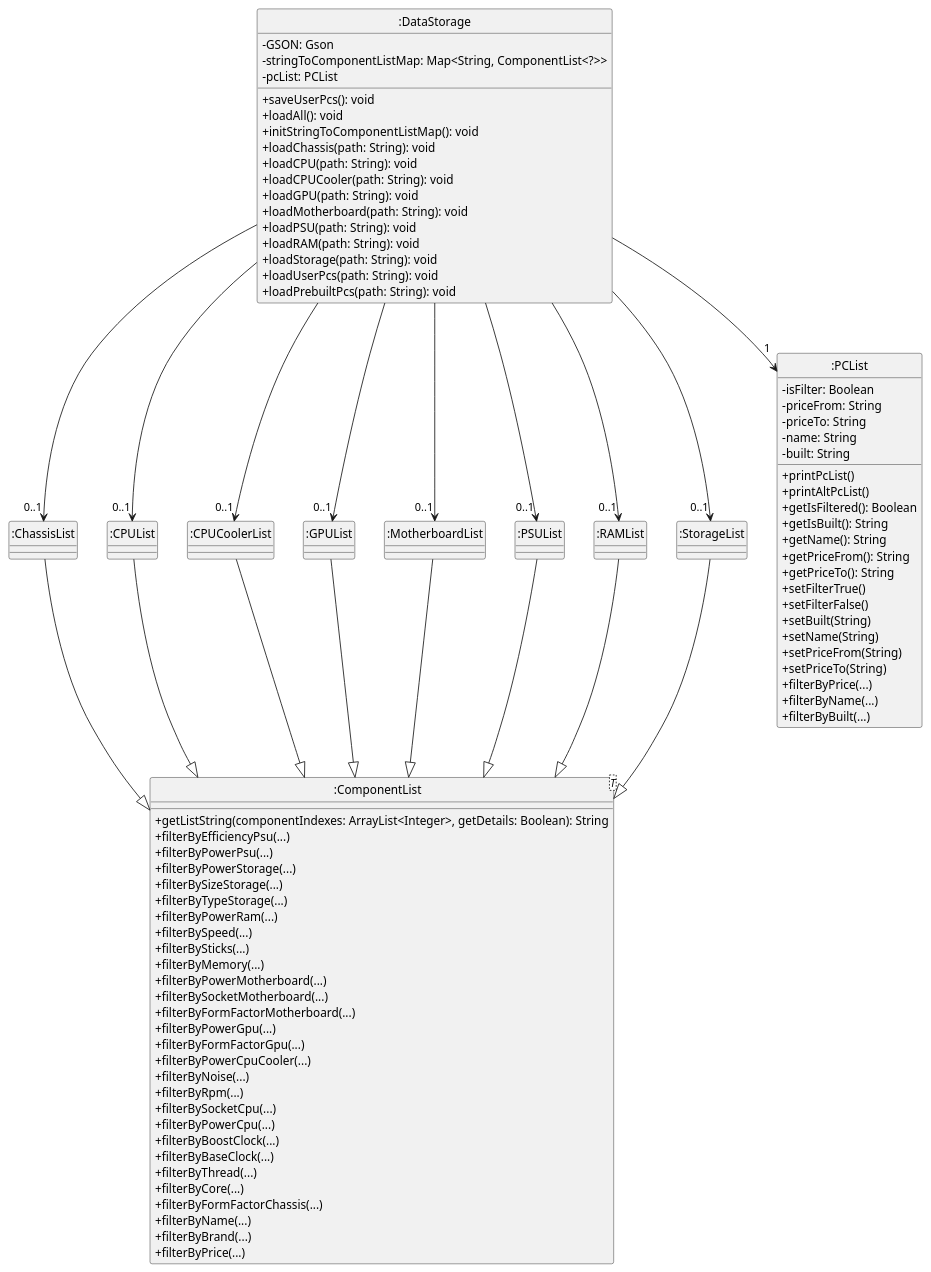
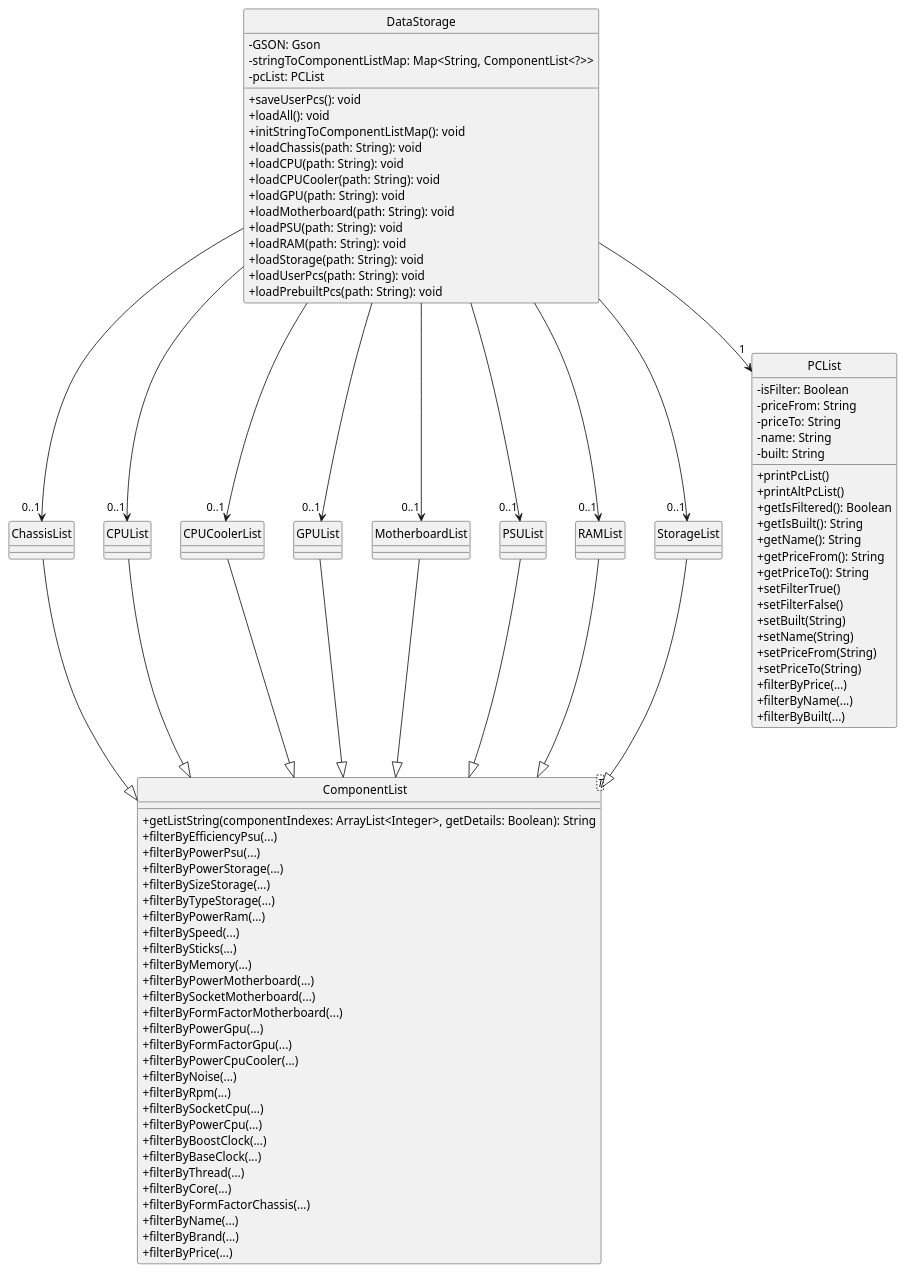
The diagram in docs/uml-source/DataStorageClass.puml (typingpanda/tp), drawn with PlantUML before and after one commit. The commit also changed 1 other file, not shown here.

Commit message:
Fix DataStorage Class Diagram to remove :

```diff
--- a/docs/uml-source/DataStorageClass.puml
+++ b/docs/uml-source/DataStorageClass.puml
@@ -1,118 +1,118 @@
 @startuml
 skinparam classAttributeIconSize 0
 
-class ":ComponentList" as ComponentList
-class ":ChassisList" as ChassisList
-class ":CPUList" as CPUList
-class ":CPUCoolerList" as CPUCoolerList
-class ":GPUList" as GPUList
-class ":MotherboardList" as MotherboardList
-class ":PSUList" as PSUList
-class ":RAMList" as RAMList
-class ":StorageList" as StorageList
-class ":PCList" as PCList
-class ":DataStorage" as DataStorage
+class "ComponentList" as ComponentList
+class "ChassisList" as ChassisList
+class "CPUList" as CPUList
+class "CPUCoolerList" as CPUCoolerList
+class "GPUList" as GPUList
+class "MotherboardList" as MotherboardList
+class "PSUList" as PSUList
+class "RAMList" as RAMList
+class "StorageList" as StorageList
+class "PCList" as PCList
+class "DataStorage" as DataStorage
 
 class ComponentList<T> {
     +getListString(componentIndexes: ArrayList<Integer>, getDetails: Boolean): String
     +filterByEfficiencyPsu(...)
     +filterByPowerPsu(...)
     +filterByPowerStorage(...)
     +filterBySizeStorage(...)
     +filterByTypeStorage(...)
     +filterByPowerRam(...)
     +filterBySpeed(...)
     +filterBySticks(...)
     +filterByMemory(...)
     +filterByPowerMotherboard(...)
     +filterBySocketMotherboard(...)
     +filterByFormFactorMotherboard(...)
     +filterByPowerGpu(...)
     +filterByFormFactorGpu(...)
     +filterByPowerCpuCooler(...)
     +filterByNoise(...)
     + filterByRpm(...)               
     + filterBySocketCpu(...)             
     + filterByPowerCpu(...)          
     + filterByBoostClock(...)    
     + filterByBaseClock(...)    
     + filterByThread(...)                  
     + filterByCore(...)                     
     + filterByFormFactorChassis(...) 
     + filterByName(...)                  
     + filterByBrand(...)                 
     + filterByPrice(...)
 }
 
 ChassisList --|> ComponentList
 CPUList --|> ComponentList
 CPUCoolerList --|> ComponentList
 GPUList --|> ComponentList
 MotherboardList --|> ComponentList
 PSUList --|> ComponentList
 RAMList --|> ComponentList
 StorageList --|> ComponentList
 
 
 class PCList {
     -isFilter: Boolean
     -priceFrom: String
     -priceTo: String
     -name: String
     -built: String
     +printPcList()
     +printAltPcList()
     +getIsFiltered(): Boolean
     +getIsBuilt(): String
     +getName(): String
     +getPriceFrom(): String
     +getPriceTo(): String
     +setFilterTrue()
     +setFilterFalse()
     +setBuilt(String)
     +setName(String)
     +setPriceFrom(String)
     +setPriceTo(String)
     +filterByPrice(...)
     +filterByName(...)
     +filterByBuilt(...)
 }
 
 
               
              
 
 
 class DataStorage {
     - GSON: Gson
     - stringToComponentListMap: Map<String, ComponentList<?>>
     - pcList: PCList
     + saveUserPcs(): void
     + loadAll(): void
     + initStringToComponentListMap(): void
     + loadChassis(path: String): void
     + loadCPU(path: String): void
     + loadCPUCooler(path: String): void
     + loadGPU(path: String): void
     + loadMotherboard(path: String): void
     + loadPSU(path: String): void
     + loadRAM(path: String): void
     + loadStorage(path: String): void
     + loadUserPcs(path: String): void
     + loadPrebuiltPcs(path: String): void
 }
 
 
 DataStorage --> "0..1" ChassisList
 DataStorage --> "0..1" CPUList
 DataStorage --> "0..1" CPUCoolerList
 DataStorage --> "0..1" GPUList
 DataStorage --> "0..1" MotherboardList
 DataStorage --> "0..1" PSUList
 DataStorage --> "0..1" RAMList
 DataStorage --> "0..1" StorageList
 DataStorage --> "1" PCList
 
 hide class circle
 
 @enduml
```
